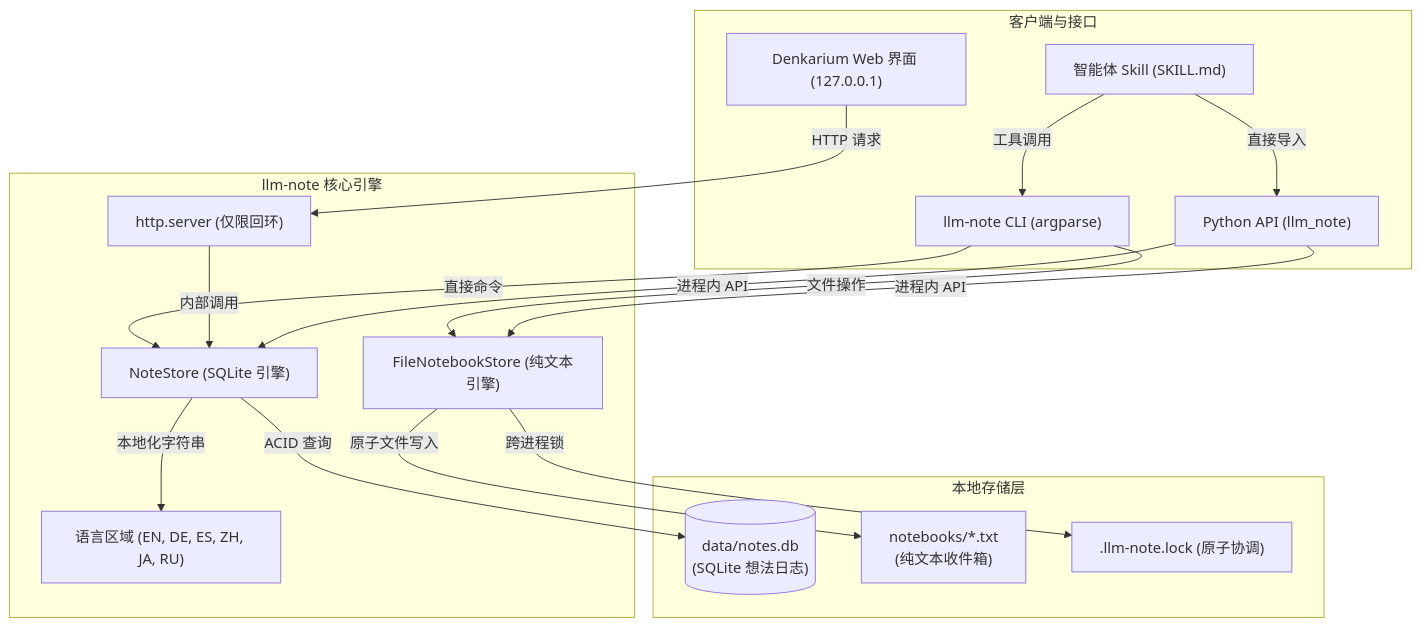
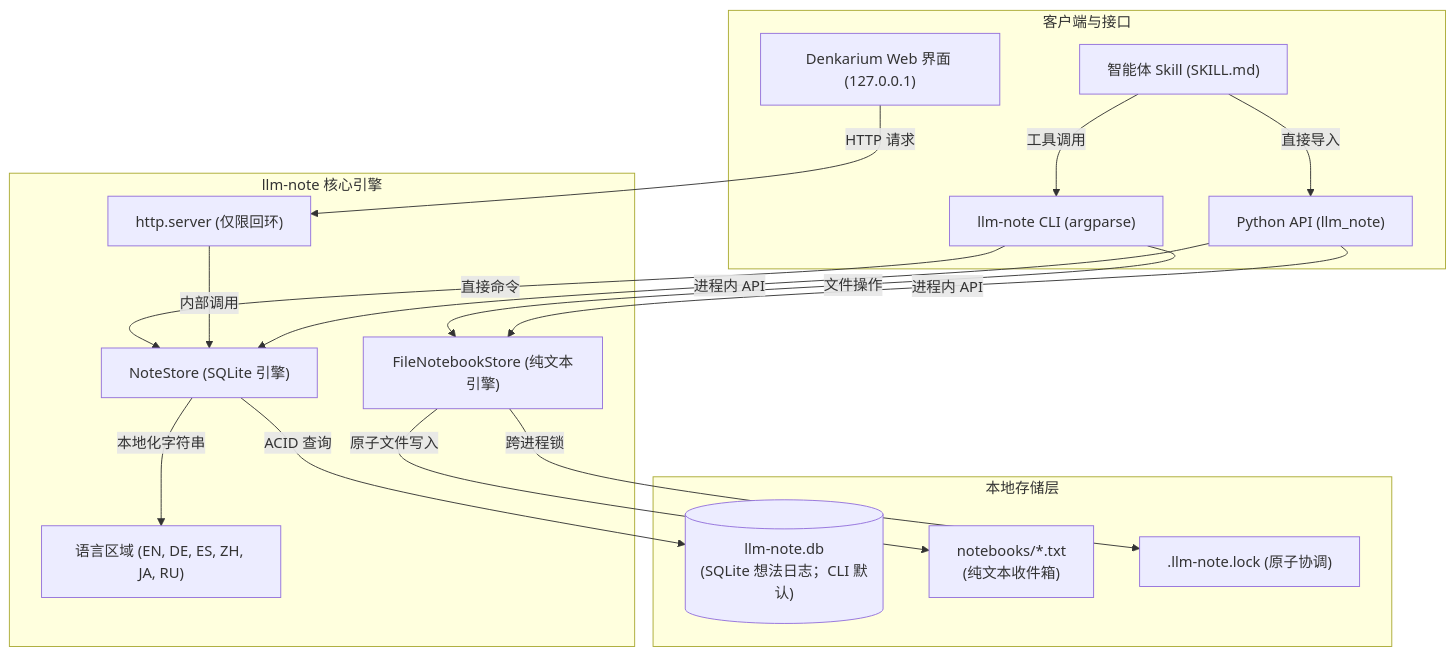
The first of 2 diagrams in README_zh-Hans.md (doc-bricks/llm-note), drawn with Mermaid before and after one commit. The commit also changed other lines of this file and 14 other files, not shown here.

````diff
--- a/README_zh-Hans.md
+++ b/README_zh-Hans.md
@@ -98,36 +93,36 @@
 ```mermaid
 graph TD
     subgraph Clients["客户端与接口"]
         CLI["llm-note CLI (argparse)"]
         GUI["Denkarium Web 界面 (127.0.0.1)"]
         PyAPI["Python API (llm_note)"]
         Skill["智能体 Skill (SKILL.md)"]
     end
 
     subgraph CoreEngine["llm-note 核心引擎"]
         NoteStore["NoteStore (SQLite 引擎)"]
         FileStore["FileNotebookStore (纯文本引擎)"]
         HTTP["http.server (仅限回环)"]
         I18N["语言区域 (EN, DE, ES, ZH, JA, RU)"]
     end
 
     subgraph LocalStorage["本地存储层"]
-        DB[("data/notes.db<br/>(SQLite 想法日志)")]
+        DB[("llm-note.db<br/>(SQLite 想法日志；CLI 默认)")]
         Notebooks["notebooks/*.txt<br/>(纯文本收件箱)"]
         LockFile[".llm-note.lock (原子协调)"]
     end
 
     CLI -->|"直接命令"| NoteStore
     CLI -->|"文件操作"| FileStore
     GUI -->|"HTTP 请求"| HTTP
     HTTP -->|"内部调用"| NoteStore
     PyAPI -->|"进程内 API"| NoteStore
     PyAPI -->|"进程内 API"| FileStore
     Skill -->|"工具调用"| CLI
     Skill -->|"直接导入"| PyAPI
 
     NoteStore -->|"ACID 查询"| DB
     NoteStore -->|"本地化字符串"| I18N
     FileStore -->|"原子文件写入"| Notebooks
     FileStore -->|"跨进程锁"| LockFile
 ```
````
